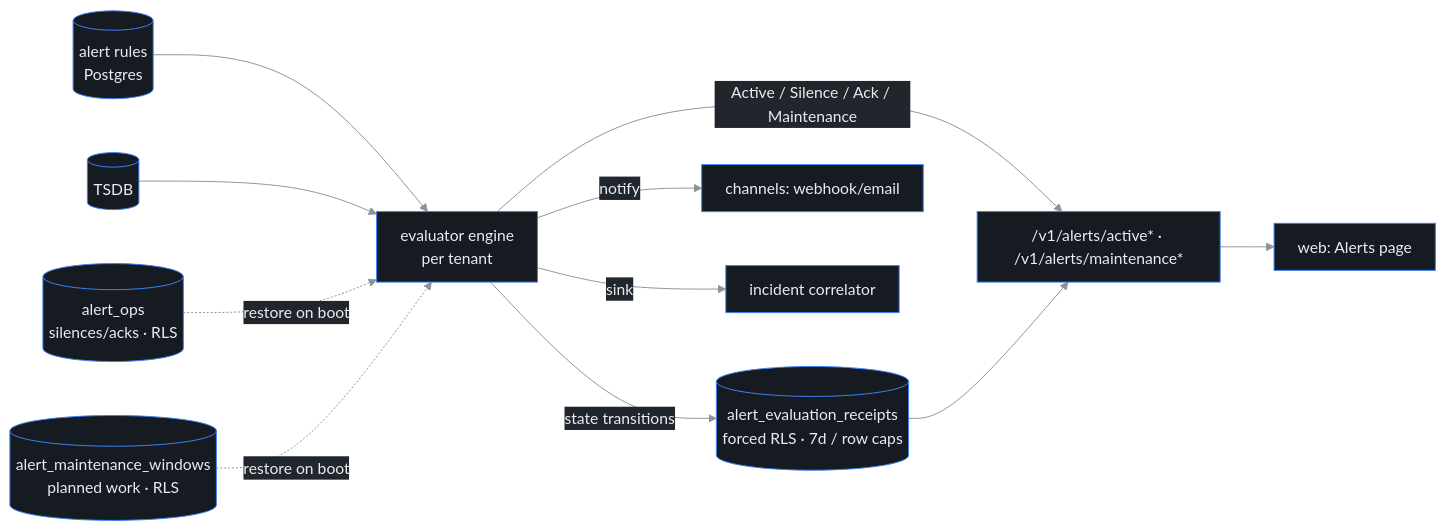
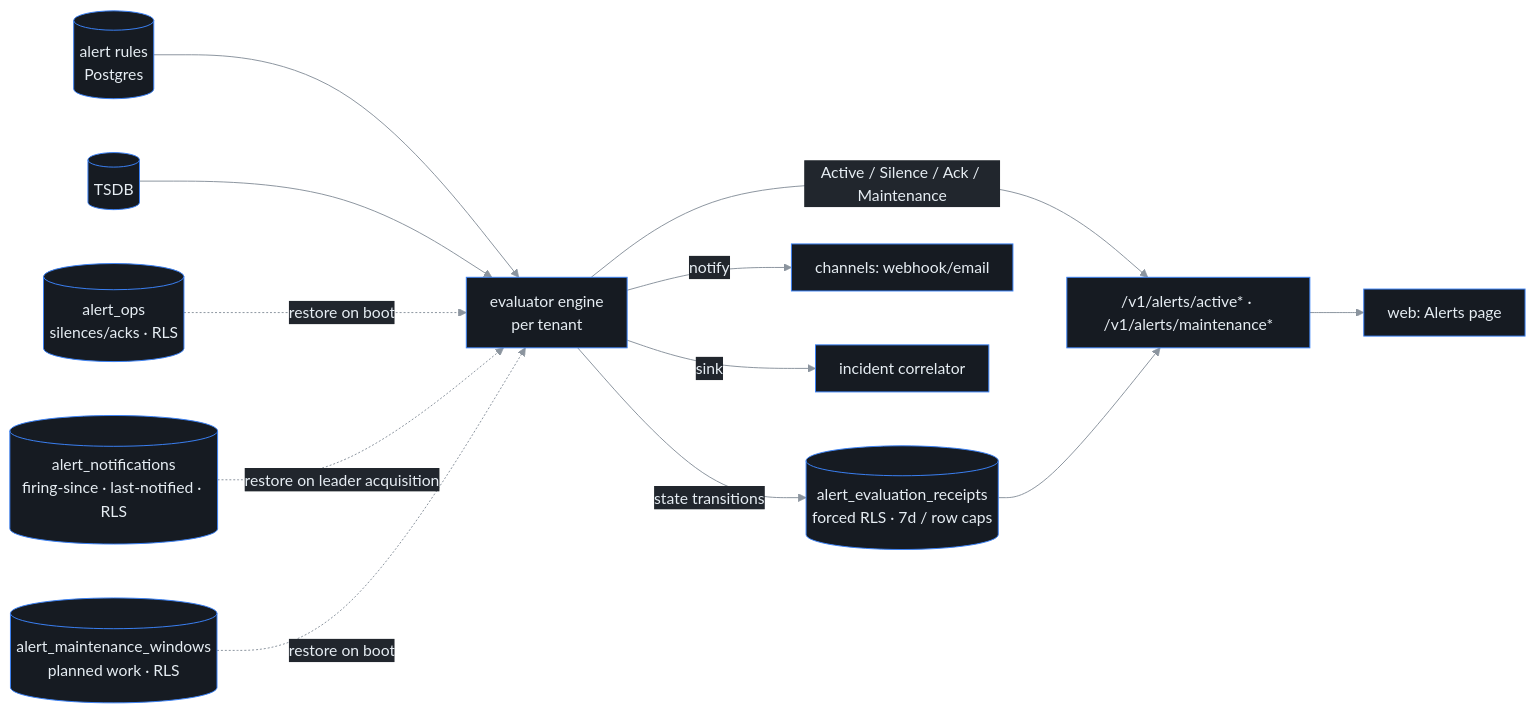
Before and after one commit to ctlplne/probectl: the diagram in docs/alerting.md, drawn with Mermaid. The commit also changed other lines of this file and 7 other files, not shown here.

````diff
--- a/docs/alerting.md
+++ b/docs/alerting.md
@@ -54,14 +54,15 @@
 ```mermaid
 %%{init: {'theme':'base','themeVariables':{'background':'#0d1117','primaryColor':'#161b22','primaryTextColor':'#e6edf3','primaryBorderColor':'#3b82f6','lineColor':'#8b949e','secondaryColor':'#21262d','tertiaryColor':'#0d1117','clusterBkg':'#161b22','clusterBorder':'#30363d','fontFamily':'ui-monospace, SFMono-Regular, Menlo, monospace'},'flowchart':{'curve':'basis','nodeSpacing':55,'rankSpacing':55,'padding':12}}}%%
 flowchart LR
   R[(alert rules\nPostgres)] --> E[evaluator engine\nper tenant]
   T[(TSDB)] --> E
   O[(alert_ops\nsilences/acks · RLS)] -. restore on boot .-> E
+  N[(alert_notifications\nfiring-since · last-notified · RLS)] -. restore on leader acquisition .-> E
   M[(alert_maintenance_windows\nplanned work · RLS)] -. restore on boot .-> E
   E -- state transitions --> V[(alert_evaluation_receipts\nforced RLS · 7d / row caps)]
   E -- notify --> C[channels: webhook/email]
   E -- sink --> I[incident correlator]
   E -- "Active / Silence / Ack / Maintenance" --> A["/v1/alerts/active* · /v1/alerts/maintenance*"]
   V --> A
   A --> W[web: Alerts page]
 ```
````
